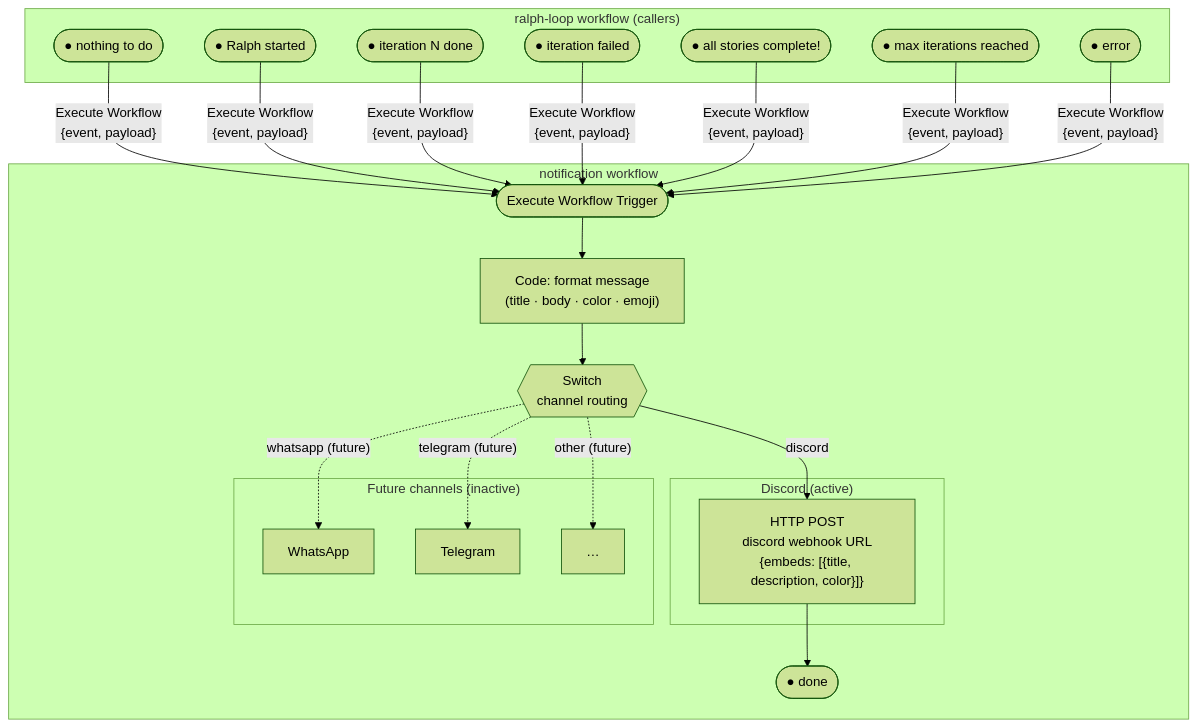
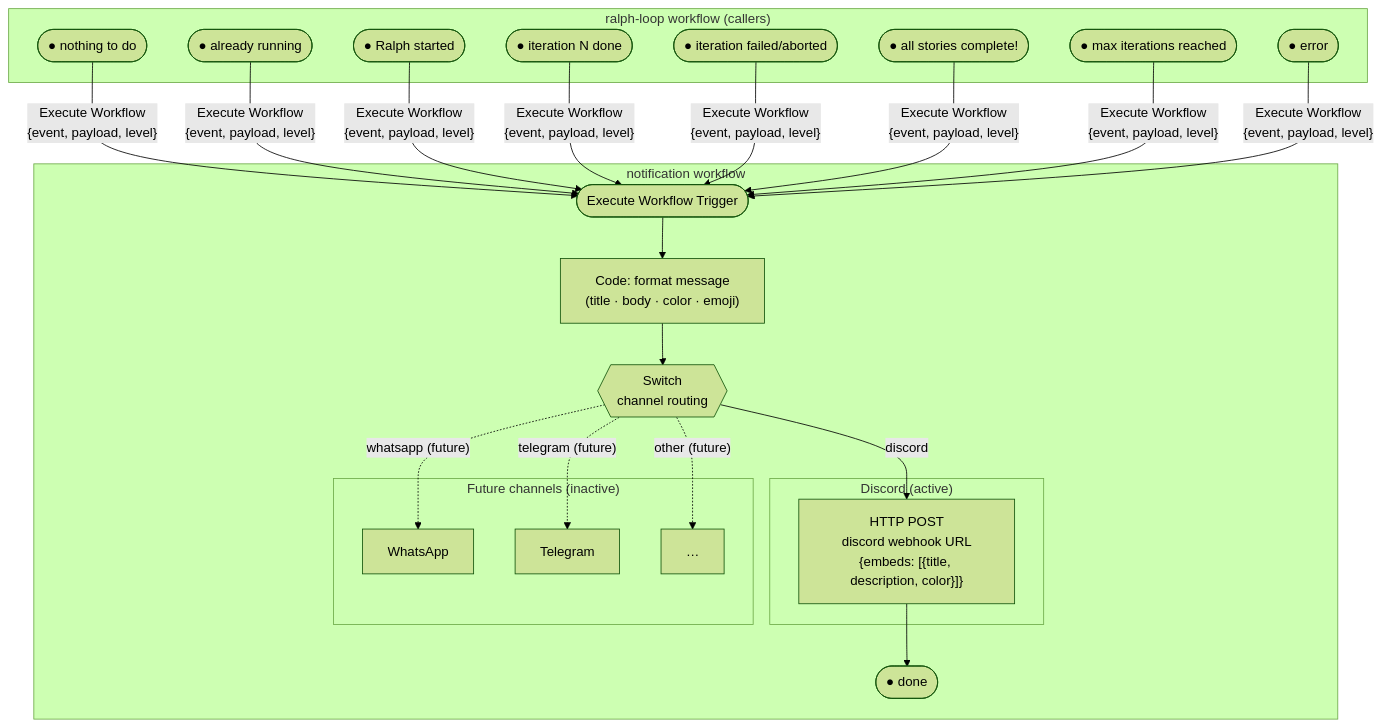
Before and after one commit to NNTin/gsnake-specs: the eighth of 8 diagrams in ralph-loop/architecture.md, drawn with Mermaid (forest theme). The commit also changed other lines of this file, not shown here.

First line of the commit message:
feat: improve ralph-loop architecture — auth gateway, reset/abort, amp removal

````diff
--- a/ralph-loop/architecture.md
+++ b/ralph-loop/architecture.md
@@ -365,42 +444,43 @@
 ```mermaid
 flowchart TD
     %% ── callers (ralph-loop terminal nodes) ─────────────────────────────
     subgraph RalphLoop["ralph-loop workflow (callers)"]
         DN(["● nothing to do"])
+        DBUSY(["● already running"])
         DS(["● Ralph started"])
         DI(["● iteration N done"])
-        DF(["● iteration failed"])
+        DF(["● iteration failed/aborted"])
         DC(["● all stories complete!"])
         DM(["● max iterations reached"])
         DE(["● error"])
     end
 
     %% ── notification workflow ────────────────────────────────────────────
     subgraph NotifWorkflow["notification workflow"]
         NW(["Execute Workflow Trigger"])
         FMT["Code: format message<br>(title · body · color · emoji)"]
         SW2{{"Switch<br>channel routing"}}
 
         subgraph Discord["Discord (active)"]
             DC_NODE["HTTP POST<br>discord webhook URL<br>{embeds: [{title, description, color}]}"]
         end
 
         subgraph Future["Future channels (inactive)"]
             WA["WhatsApp"]
             TG["Telegram"]
             ETC["…"]
         end
 
         OK(["● done"])
     end
 
     %% ── routing ──────────────────────────────────────────────────────────
-    DN & DS & DI & DF & DC & DM & DE -->|"Execute Workflow<br>{event, payload}"| NW
+    DN & DBUSY & DS & DI & DF & DC & DM & DE -->|"Execute Workflow<br>{event, payload, level}"| NW
     NW --> FMT
     FMT --> SW2
     SW2 -- "discord" --> DC_NODE
     SW2 -. "whatsapp (future)" .-> WA
     SW2 -. "telegram (future)" .-> TG
     SW2 -. "other (future)" .-> ETC
     DC_NODE --> OK
 ```
````
